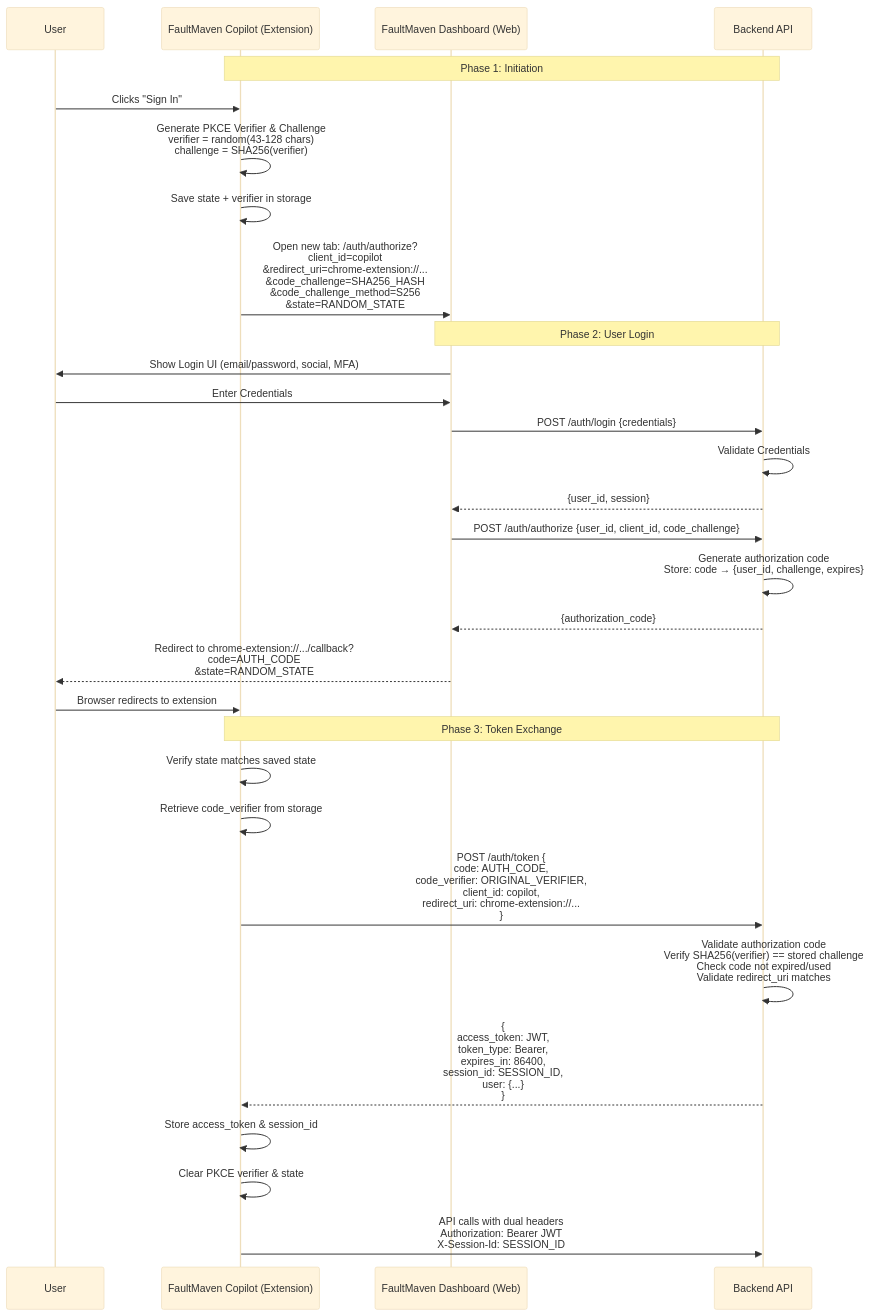
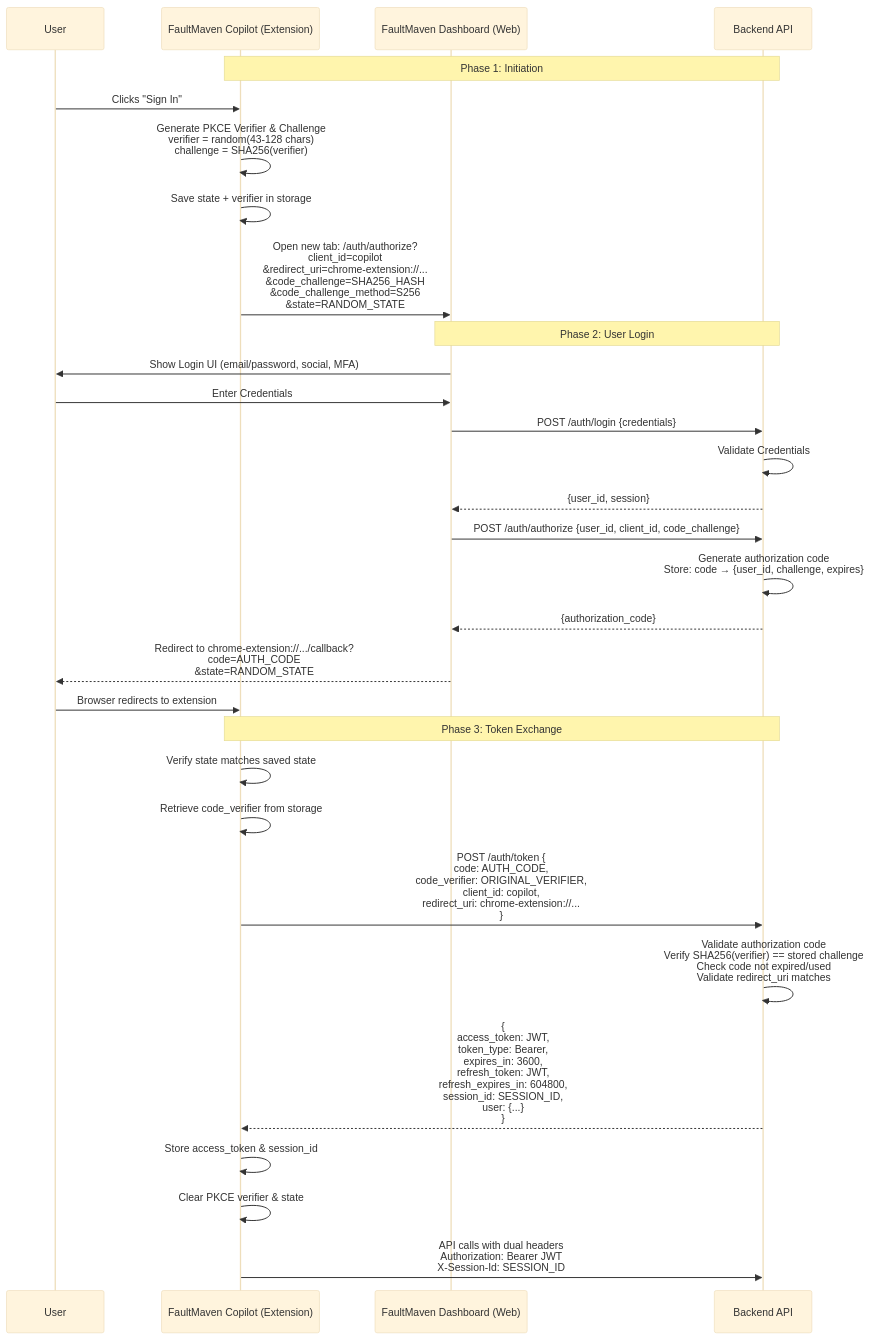
Before and after one commit to FaultMaven/faultmaven: the diagram in docs/architecture/security/authentication-design.md, drawn with Mermaid (base theme). The commit also changed other lines of this file, not shown here.

````diff
--- a/docs/architecture/security/authentication-design.md
+++ b/docs/architecture/security/authentication-design.md
@@ -65,35 +65,35 @@
 ```mermaid
 sequenceDiagram
     participant User
     participant Ext as FaultMaven Copilot (Extension)
     participant Dash as FaultMaven Dashboard (Web)
     participant API as Backend API
 
     Note over Ext, API: Phase 1: Initiation
     User->>Ext: Clicks "Sign In"
     Ext->>Ext: Generate PKCE Verifier & Challenge<br/>verifier = random(43-128 chars)<br/>challenge = SHA256(verifier)
     Ext->>Ext: Save state + verifier in storage
     Ext->>Dash: Open new tab: /auth/authorize?<br/>client_id=copilot<br/>&redirect_uri=chrome-extension://...<br/>&code_challenge=SHA256_HASH<br/>&code_challenge_method=S256<br/>&state=RANDOM_STATE
 
     Note over Dash, API: Phase 2: User Login
     Dash->>User: Show Login UI (email/password, social, MFA)
     User->>Dash: Enter Credentials
     Dash->>API: POST /auth/login {credentials}
     API->>API: Validate Credentials
     API-->>Dash: {user_id, session}
     Dash->>API: POST /auth/authorize {user_id, client_id, code_challenge}
     API->>API: Generate authorization code<br/>Store: code → {user_id, challenge, expires}
     API-->>Dash: {authorization_code}
     Dash-->>User: Redirect to chrome-extension://.../callback?<br/>code=AUTH_CODE<br/>&state=RANDOM_STATE
     User->>Ext: Browser redirects to extension
 
     Note over Ext, API: Phase 3: Token Exchange
     Ext->>Ext: Verify state matches saved state
     Ext->>Ext: Retrieve code_verifier from storage
     Ext->>API: POST /auth/token {<br/>code: AUTH_CODE,<br/>code_verifier: ORIGINAL_VERIFIER,<br/>client_id: copilot,<br/>redirect_uri: chrome-extension://...<br/>}
     API->>API: Validate authorization code<br/>Verify SHA256(verifier) == stored challenge<br/>Check code not expired/used<br/>Validate redirect_uri matches
-    API-->>Ext: {<br/>access_token: JWT,<br/>token_type: Bearer,<br/>expires_in: 86400,<br/>session_id: SESSION_ID,<br/>user: {...}<br/>}
+    API-->>Ext: {<br/>access_token: JWT,<br/>token_type: Bearer,<br/>expires_in: 3600,<br/>refresh_token: JWT,<br/>refresh_expires_in: 604800,<br/>session_id: SESSION_ID,<br/>user: {...}<br/>}
     Ext->>Ext: Store access_token & session_id
     Ext->>Ext: Clear PKCE verifier & state
     Ext->>API: API calls with dual headers<br/>Authorization: Bearer JWT<br/>X-Session-Id: SESSION_ID
 ```
````
